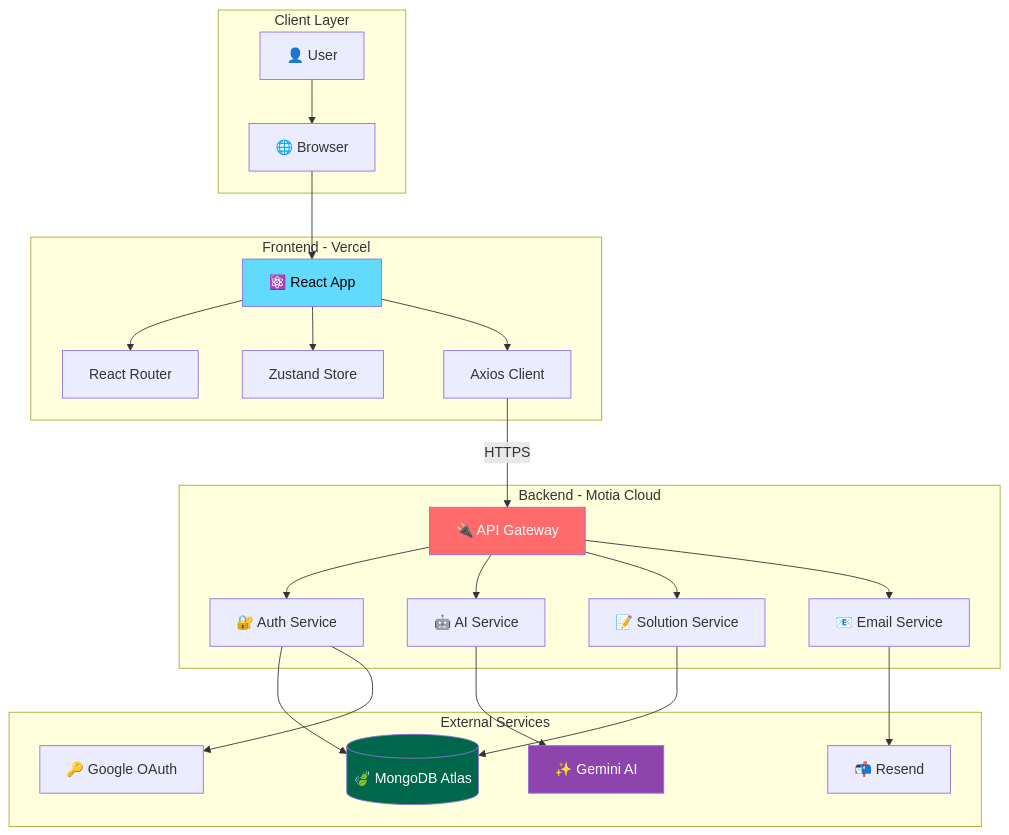
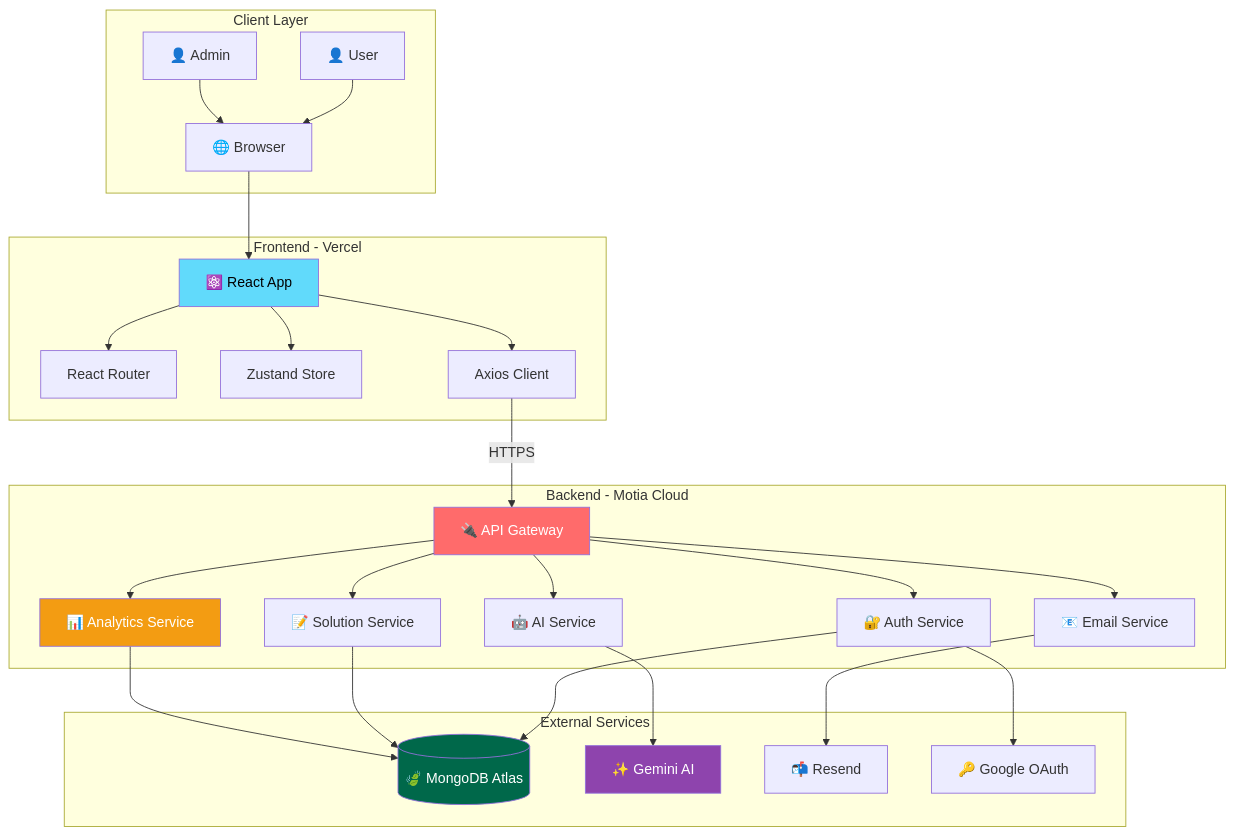
The first of 8 diagrams in docs/architecture.md (AbhishekBalija/MathGPT), drawn with Mermaid before and after one commit. The commit also changed other lines of this file and 28 other files, not shown here.

Commit message:
feat: Implement a comprehensive admin dashboard with error logging, user management, and analytics.

````diff
--- a/docs/architecture.md
+++ b/docs/architecture.md
@@ -9,52 +9,58 @@
 ```mermaid
 graph TB
     subgraph "Client Layer"
         USER["👤 User"]
+        ADMIN["👤 Admin"]
         BROWSER["🌐 Browser"]
     end
 
     subgraph "Frontend - Vercel"
         REACT["⚛️ React App"]
         ROUTER["React Router"]
         ZUSTAND["Zustand Store"]
         AXIOS["Axios Client"]
     end
 
     subgraph "Backend - Motia Cloud"
         API["🔌 API Gateway"]
         AUTH["🔐 Auth Service"]
         AI["🤖 AI Service"]
         SOLUTION["📝 Solution Service"]
         EMAIL["📧 Email Service"]
+        ANALYTICS["📊 Analytics Service"]
     end
 
     subgraph "External Services"
         MONGODB[("🍃 MongoDB Atlas")]
         GEMINI["✨ Gemini AI"]
         RESEND["📬 Resend"]
         GOOGLE["🔑 Google OAuth"]
     end
 
     USER --> BROWSER
+    ADMIN --> BROWSER
     BROWSER --> REACT
     REACT --> ROUTER
     REACT --> ZUSTAND
     REACT --> AXIOS
     AXIOS -->|HTTPS| API
 
     API --> AUTH
     API --> AI
     API --> SOLUTION
     API --> EMAIL
+    API --> ANALYTICS
 
     AUTH --> MONGODB
     AUTH --> GOOGLE
     SOLUTION --> MONGODB
     AI --> GEMINI
     EMAIL --> RESEND
+    ANALYTICS --> MONGODB
 
     style REACT fill:#61dafb,color:#000
     style MONGODB fill:#00684a,color:#fff
     style GEMINI fill:#8e44ad,color:#fff
     style API fill:#ff6b6b,color:#fff
+    style ANALYTICS fill:#f39c12,color:#fff
 ```
````
